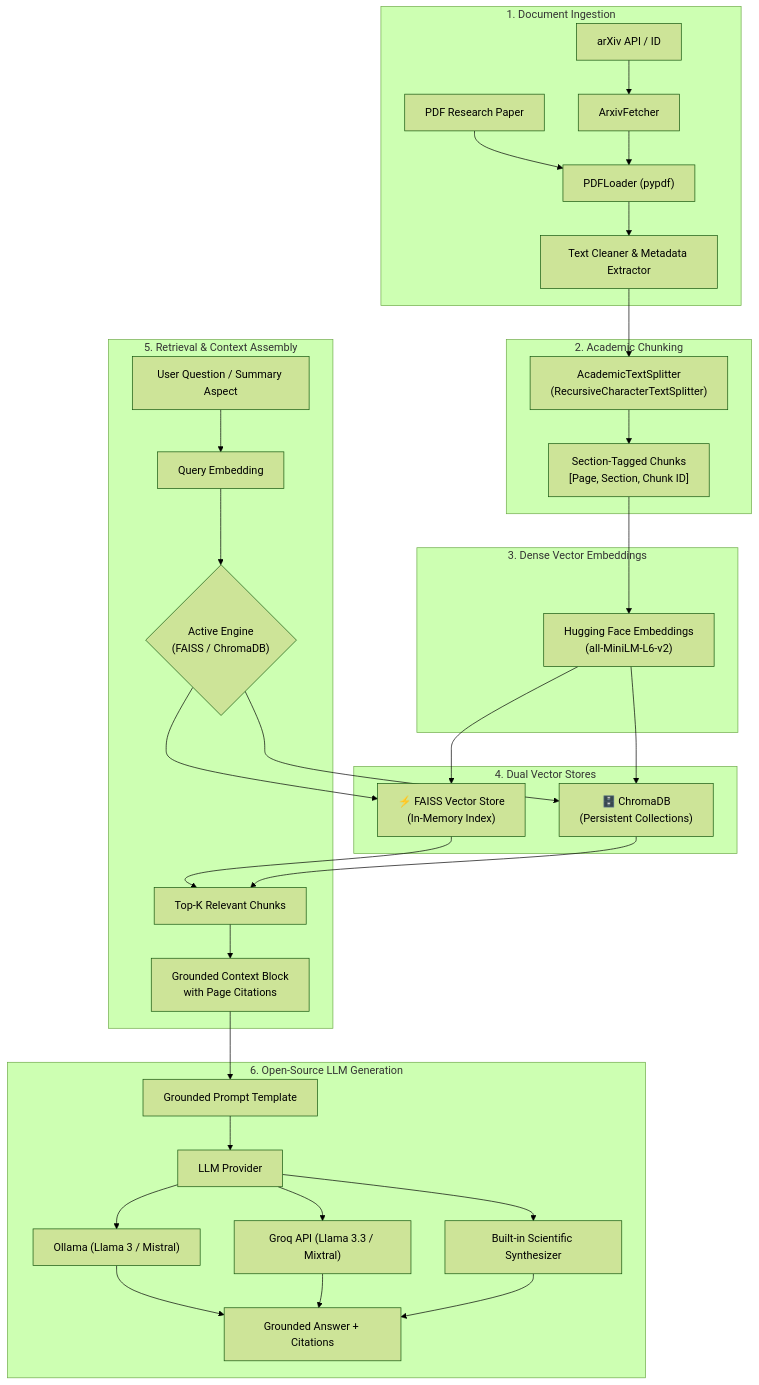
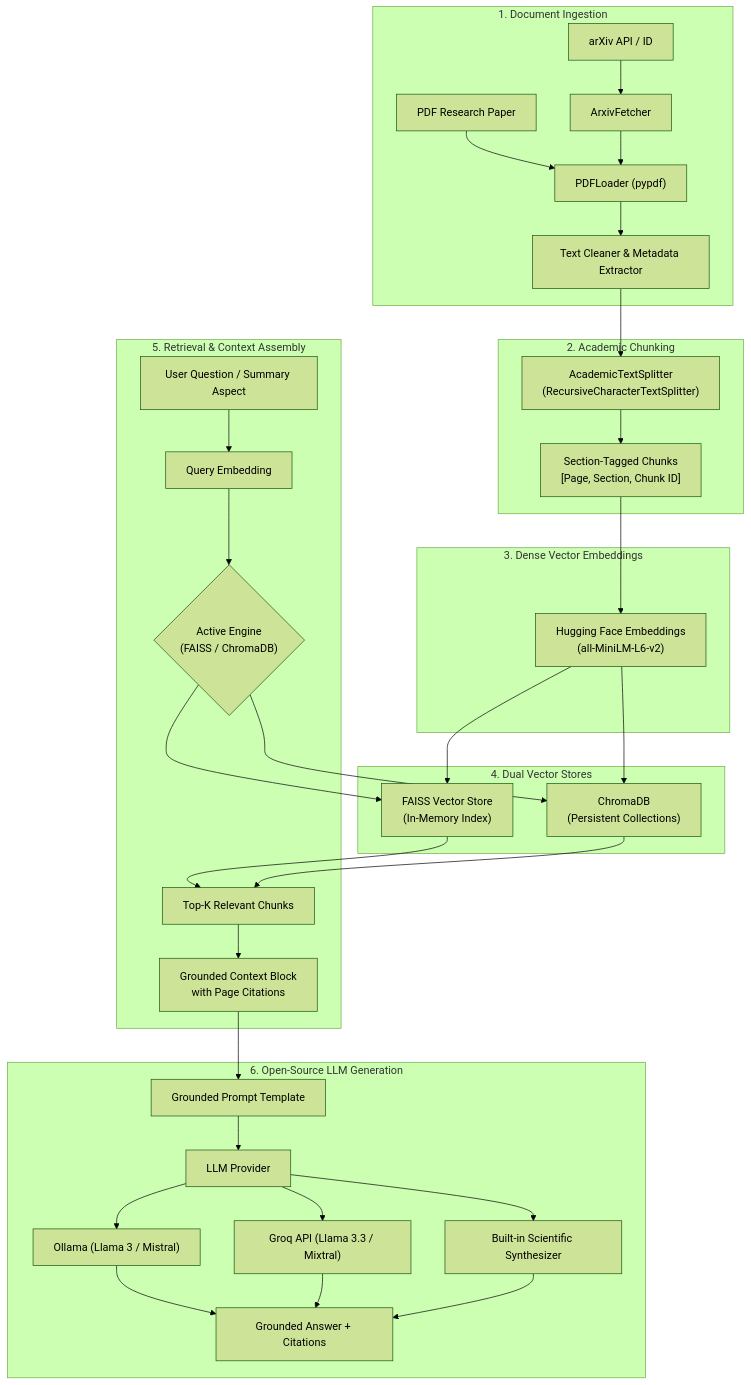
The diagram in README.md (VISHUSINGH123/ai-research-paper-summarizer-rag), drawn with Mermaid (forest theme) before and after one commit. The commit also changed other lines of this file and 3 other files, not shown here.

````diff
--- a/README.md
+++ b/README.md
@@ -49,44 +49,44 @@
 ```mermaid
 flowchart TD
     subgraph Ingestion["1. Document Ingestion"]
         PDF["PDF Research Paper"] --> PDFLoader["PDFLoader (pypdf)"]
         ArXiv["arXiv API / ID"] --> ArxivFetcher["ArxivFetcher"]
         ArxivFetcher --> PDFLoader
         PDFLoader --> Clean["Text Cleaner & Metadata Extractor"]
     end
 
     subgraph Chunking["2. Academic Chunking"]
         Clean --> Splitter["AcademicTextSplitter\n(RecursiveCharacterTextSplitter)"]
         Splitter --> Chunks["Section-Tagged Chunks\n[Page, Section, Chunk ID]"]
     end
 
     subgraph Embedding["3. Dense Vector Embeddings"]
         Chunks --> HF["Hugging Face Embeddings\n(all-MiniLM-L6-v2)"]
     end
 
     subgraph VectorStores["4. Dual Vector Stores"]
-        HF --> FAISS["⚡ FAISS Vector Store\n(In-Memory Index)"]
-        HF --> Chroma["🗄️ ChromaDB\n(Persistent Collections)"]
+        HF --> FAISS["FAISS Vector Store\n(In-Memory Index)"]
+        HF --> Chroma["ChromaDB\n(Persistent Collections)"]
     end
 
     subgraph Retrieval["5. Retrieval & Context Assembly"]
         UserQ["User Question / Summary Aspect"] --> QueryEmbed["Query Embedding"]
         QueryEmbed --> ActiveStore{"Active Engine\n(FAISS / ChromaDB)"}
         ActiveStore --> FAISS
         ActiveStore --> Chroma
         FAISS --> TopK["Top-K Relevant Chunks"]
         Chroma --> TopK
         TopK --> Context["Grounded Context Block\nwith Page Citations"]
     end
 
     subgraph LLM["6. Open-Source LLM Generation"]
         Context --> PromptEng["Grounded Prompt Template"]
         PromptEng --> LLMEngine["LLM Provider"]
         LLMEngine --> Ollama["Ollama (Llama 3 / Mistral)"]
         LLMEngine --> Groq["Groq API (Llama 3.3 / Mixtral)"]
         LLMEngine --> Builtin["Built-in Scientific Synthesizer"]
         Ollama --> Answer["Grounded Answer + Citations"]
         Groq --> Answer
         Builtin --> Answer
     end
 ```
````
